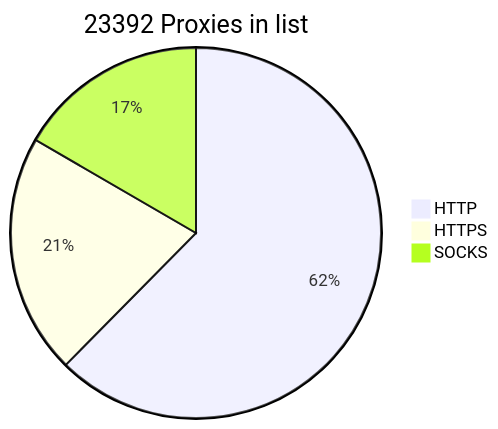
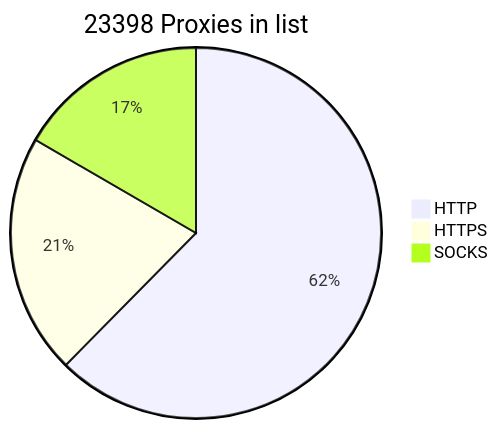
Before and after one commit to BlackSnowDot/proxylist-update-every-minute: the diagram in README.md, drawn with Mermaid.

````diff
--- a/README.md
+++ b/README.md
@@ -2,6 +2,6 @@
 ```mermaid
-pie title 23392 Proxies in list
-    "HTTP" : 16730
-    "HTTPS": 5623
-    "SOCKS" : 4459
+pie title 23398 Proxies in list
+    "HTTP" : 16732
+    "HTTPS": 5626
+    "SOCKS" : 4461
 ```
````
